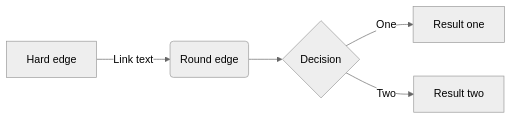
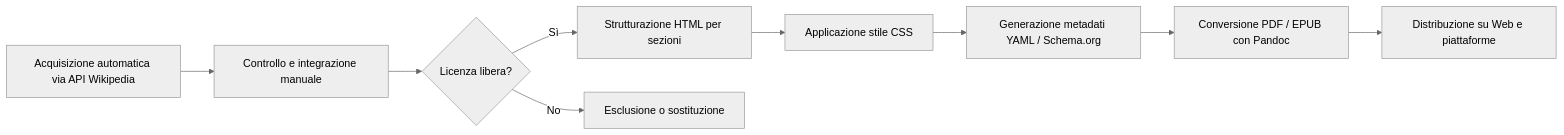
The second of 2 diagrams in logo/RelazioneProgettoEsame.md (Manuelxvi/ProgettoEditoriaDigitale_OlivasManuel), drawn with Mermaid (neutral theme) before and after one commit. The commit also changed other lines of this file, not shown here.

````diff
--- a/logo/RelazioneProgettoEsame.md
+++ b/logo/RelazioneProgettoEsame.md
@@ -90,7 +95,11 @@
 ```mermaid
 flowchart LR
-    A[Hard edge] -->|Link text| B(Round edge)
-    B --> C{Decision}
-    C -->|One| D[Result one]
-    C -->|Two| E[Result two]
+    A[Acquisizione automatica via API Wikipedia] --> B[Controllo e integrazione manuale]
+    B --> C{Licenza libera?}
+    C -->|Sì| D[Strutturazione HTML per sezioni]
+    C -->|No| E[Esclusione o sostituzione]
+    D --> F[Applicazione stile CSS]
+    F --> G[Generazione metadati YAML / Schema.org]
+    G --> H[Conversione PDF / EPUB con Pandoc]
+    H --> I[Distribuzione su Web e piattaforme]
 ```
````
